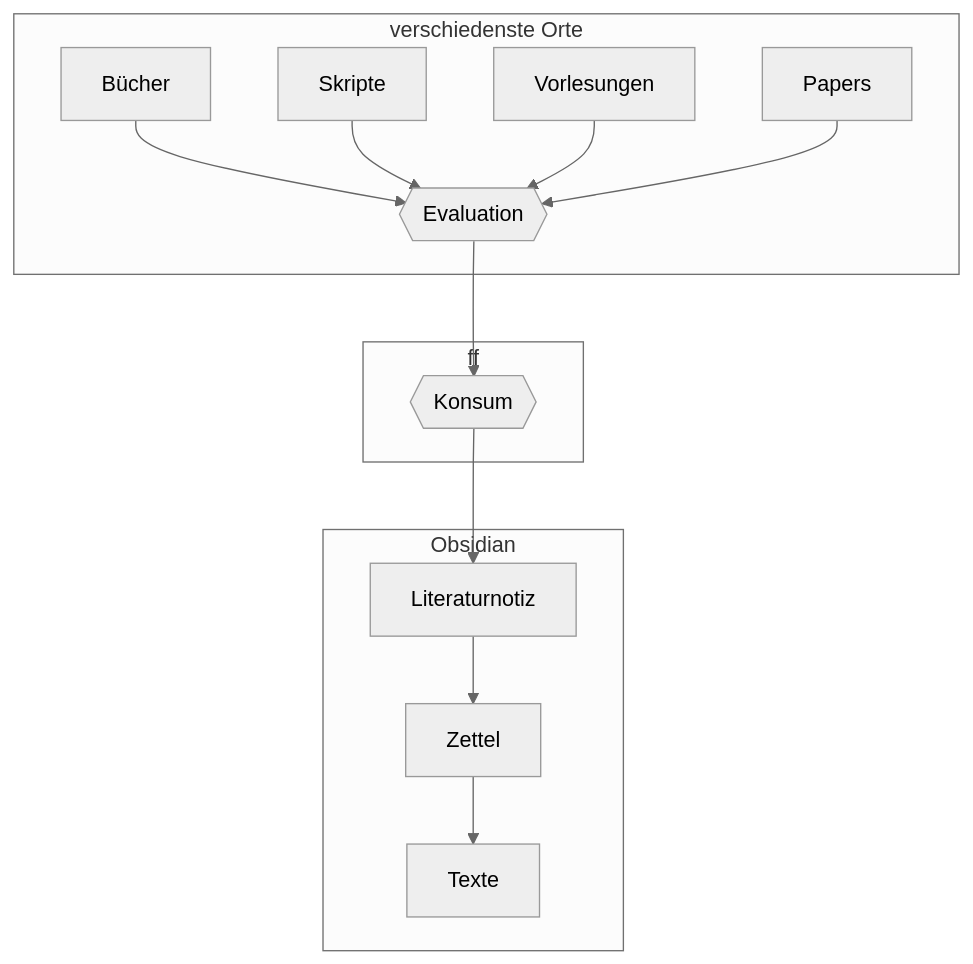
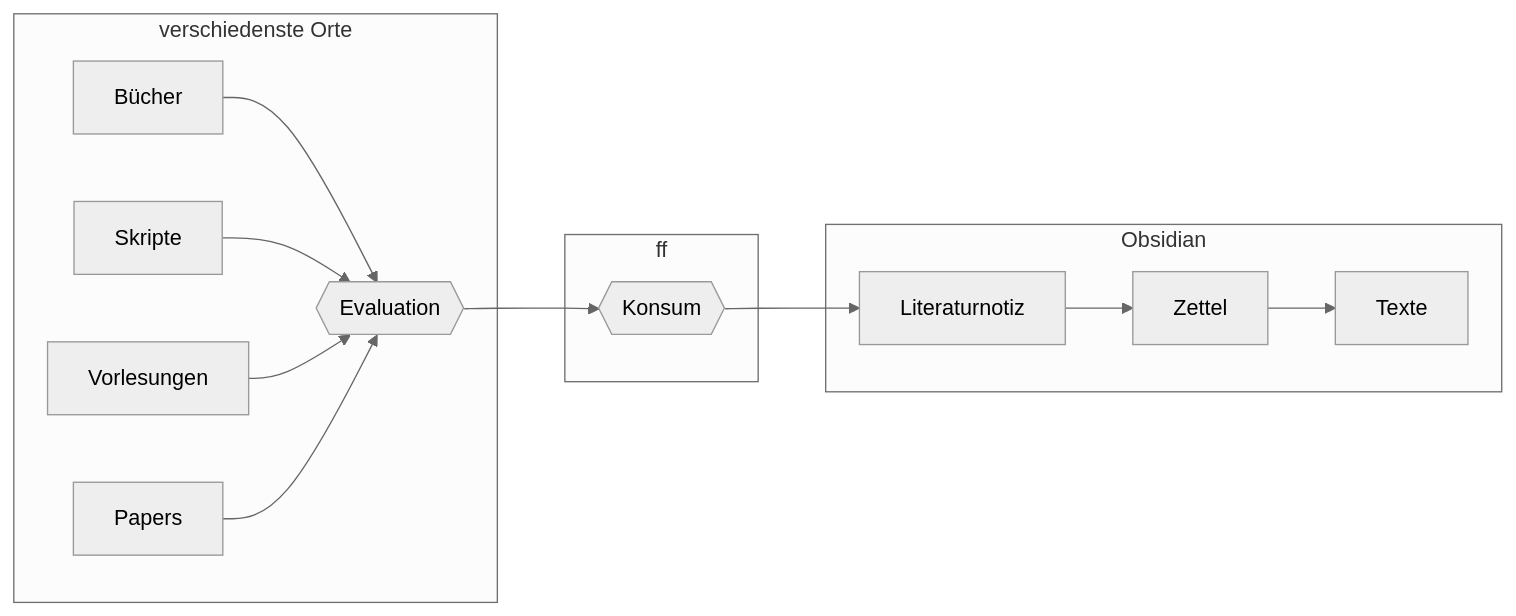
Before and after one commit to julianstoerig/zettelkasten: the diagram in System/Informationsverarbeitung.md, drawn with Mermaid (neutral theme).

Commit message:
automatic version-control: 2021-01-11 22:38:50

````diff
--- a/System/Informationsverarbeitung.md
+++ b/System/Informationsverarbeitung.md
@@ -1,29 +1,29 @@
 ```mermaid
-graph TD;
+graph LR;
 
 B["Bücher"]
 S["Skripte"]
 V["Vorlesungen"]
 P["Papers"]
 
 E{{"Evaluation"}}
 K{{"Konsum"}}
 
 L["Literaturnotiz"]
 Z["Zettel"]
 T["Texte"]
 
 subgraph verschiedenste Orte
 	B & S & V & P --> E
 end
 
 subgraph ff
 	E --> K
 end
 
 subgraph Obsidian
 	K --> L
 	L --> Z
 	Z --> T
 end
 ```
````
